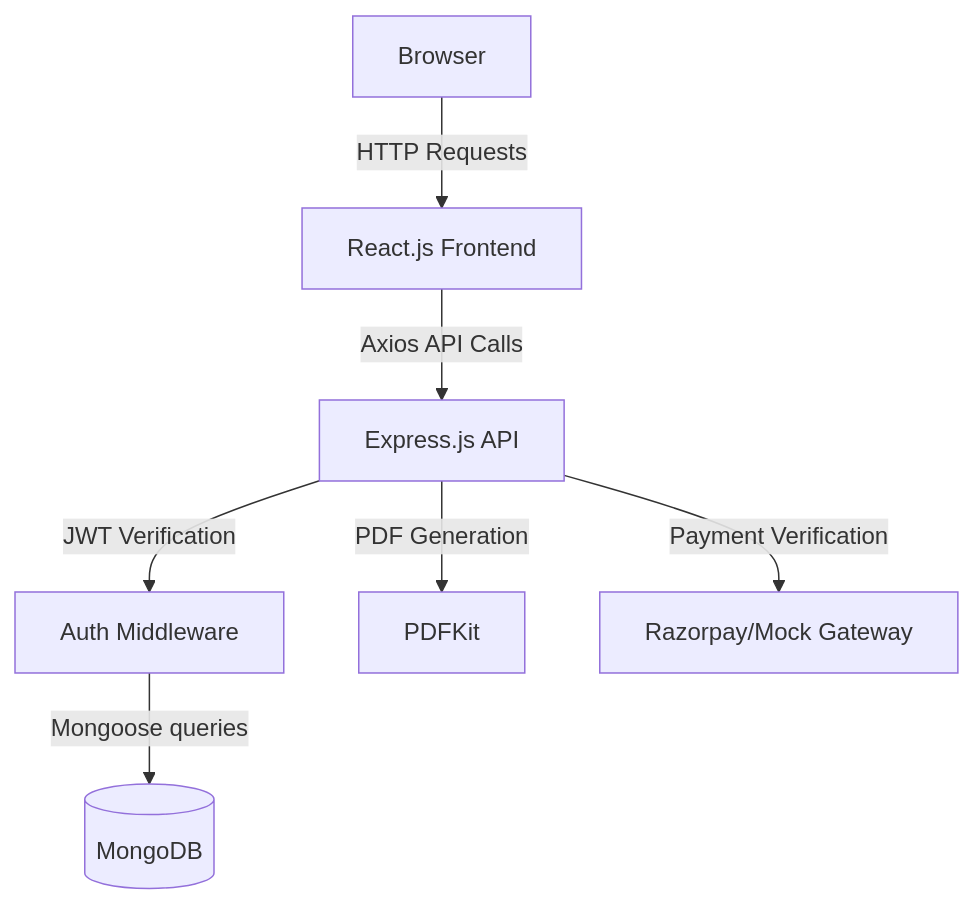
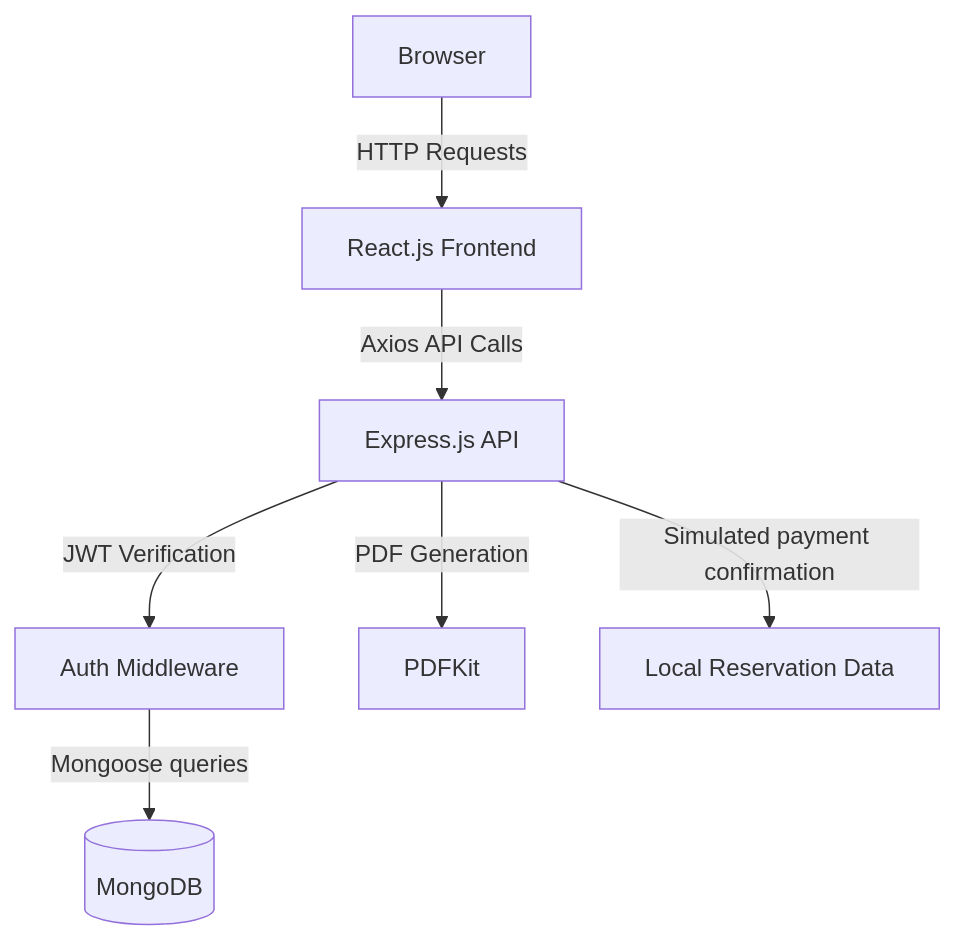
Before and after one commit to BhuvaneshP63/the-one-rail: the diagram in README.md, drawn with Mermaid. The commit also changed other lines of this file and 69 other files, not shown here.

````diff
--- a/README.md
+++ b/README.md
@@ -90,9 +90,9 @@
 ```mermaid
 graph TD;
     Browser-->|HTTP Requests| ReactFrontend[React.js Frontend];
     ReactFrontend-->|Axios API Calls| ExpressAPI[Express.js API];
     ExpressAPI-->|JWT Verification| AuthMiddleware[Auth Middleware];
     AuthMiddleware-->|Mongoose queries| MongoDB[(MongoDB)];
     ExpressAPI-->|PDF Generation| PDFKit[PDFKit];
-    ExpressAPI-->|Payment Verification| Razorpay[Razorpay/Mock Gateway];
+    ExpressAPI-->|Simulated payment confirmation| LocalBooking[Local Reservation Data];
 ```
````
